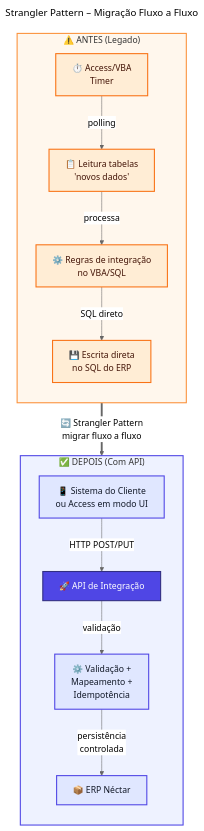
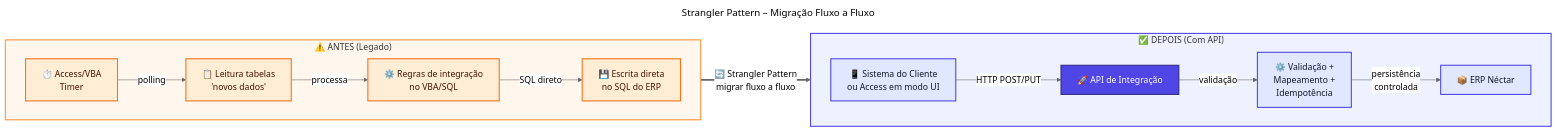
One commit to Evilazaro/Azure-LogicApps-Monitoring changed the fifth of 9 diagrams in docs/planoProjetoModernizacao.md. Above: the diagram before and after it, drawn with Mermaid (neutral theme). The commit also changed other lines of this file, not shown here.

First line of the commit message:
Refactor diagram text for improved formatting

````diff
--- a/docs/planoProjetoModernizacao.md
+++ b/docs/planoProjetoModernizacao.md
@@ -701,32 +701,81 @@
 ```mermaid
 ---
 title: "Strangler Pattern – Migração Fluxo a Fluxo"
 ---
-flowchart TB
-  subgraph Antes ["⚠️ ANTES (Legado)"]
-    direction TB
-    A1["⏱️ Access/VBA\nTimer"] -->|"polling"| A2["📋 Leitura tabelas\n'novos dados'"]
-    A2 -->|"processa"| A3["⚙️ Regras de integração\nno VBA/SQL"]
-    A3 -->|"SQL direto"| A4["💾 Escrita direta\nno SQL do ERP"]
-  end
+flowchart LR
+    %% ═══════════════════════════════════════════════════════════════
+    %% DIAGRAMA: Strangler Pattern – Comparação Antes vs Depois
+    %% PROPÓSITO: Ilustrar a transformação da arquitetura de integração
+    %%            de um modelo baseado em polling/SQL direto para uma
+    %%            camada de serviços (API) com contratos explícitos
+    %% PADRÃO: Strangler Pattern (migração incremental por fluxo)
+    %% ═══════════════════════════════════════════════════════════════
 
-  subgraph Depois ["✅ DEPOIS (Com API)"]
-    direction TB
-    B1["📱 Sistema do Cliente\nou Access em modo UI"] -->|"HTTP POST/PUT"| B2["🚀 API de Integração"]
-    B2 -->|"validação"| B3["⚙️ Validação +\nMapeamento +\nIdempotência"]
-    B3 -->|"persistência\ncontrolada"| B4["📦 ERP Néctar"]
-  end
+    %% ───────────────────────────────────────────────────────────────
+    %% ESTADO ATUAL: Integração via polling e acesso direto ao banco
+    %% - Timers disparam periodicamente
+    %% - Access/VBA varre tabelas buscando "novos" registros
+    %% - Regras de negócio embarcadas no código legado
+    %% - Escrita direta no SQL Server (acoplamento forte)
+    %% ───────────────────────────────────────────────────────────────
+    subgraph legado ["⚠️ ANTES (Legado)"]
+        direction LR
+        A1["⏱️ Access/VBA<br>Timer"]
+        A2["📋 Leitura tabelas<br>'novos dados'"]
+        A3["⚙️ Regras de integração<br>no VBA/SQL"]
+        A4["💾 Escrita direta<br>no SQL do ERP"]
 
-  Antes ==>|"🔄 Strangler Pattern\nmigrar fluxo a fluxo"| Depois
+        A1 -->|"polling"| A2
+        A2 -->|"processa"| A3
+        A3 -->|"SQL direto"| A4
+    end
 
-  classDef legacy fill:#FFEDD5,stroke:#F97316,color:#431407,stroke-width:2px;
-  classDef modern fill:#E0E7FF,stroke:#4F46E5,color:#111827,stroke-width:2px;
-  classDef api fill:#4F46E5,stroke:#312E81,color:#FFFFFF,stroke-width:2px;
+    %% ───────────────────────────────────────────────────────────────
+    %% ESTADO ALVO: Integração via API com contratos explícitos
+    %% - Cliente envia dados proativamente (push, não pull)
+    %% - API centraliza validação, mapeamento e idempotência
+    %% - Persistência controlada com auditoria
+    %% - Desacoplamento: cliente não conhece schema do ERP
+    %% ───────────────────────────────────────────────────────────────
+    subgraph moderno ["✅ DEPOIS (Com API)"]
+        direction LR
+        B1["📱 Sistema do Cliente<br>ou Access em modo UI"]
+        B2["🚀 API de Integração"]
+        B3["⚙️ Validação +<br>Mapeamento +<br>Idempotência"]
+        B4["📦 ERP Néctar"]
 
-  class A1,A2,A3,A4 legacy
-  class B1,B3,B4 modern
-  class B2 api
+        B1 -->|"HTTP POST/PUT"| B2
+        B2 -->|"validação"| B3
+        B3 -->|"persistência<br>controlada"| B4
+    end
 
-  style Antes fill:#FFF7ED,stroke:#FB923C,stroke-width:2px
-  style Depois fill:#EEF2FF,stroke:#4F46E5,stroke-width:2px
+    %% ───────────────────────────────────────────────────────────────
+    %% TRANSIÇÃO: Strangler Pattern (migração incremental)
+    %% - Cada fluxo é migrado independentemente
+    %% - Feature flags permitem rollback a qualquer momento
+    %% - Legado e API coexistem durante a transição
+    %% ───────────────────────────────────────────────────────────────
+    legado ==>|"🔄 Strangler Pattern<br>migrar fluxo a fluxo"| moderno
+
+    %% ═══════════════════════════════════════════════════════════════
+    %% DEFINIÇÃO DE ESTILOS
+    %% ═══════════════════════════════════════════════════════════════
+
+    %% Paleta de cores: Legado (laranja/warning)
+    classDef legacy fill:#FFEDD5,stroke:#F97316,color:#431407,stroke-width:2px
+
+    %% Paleta de cores: Moderno (indigo/success)
+    classDef modern fill:#E0E7FF,stroke:#4F46E5,color:#111827,stroke-width:2px
+
+    %% Paleta de cores: API (destaque principal)
+    classDef api fill:#4F46E5,stroke:#312E81,color:#FFFFFF,stroke-width:2px
+
+    %% Aplicação de classes aos nós
+    class A1,A2,A3,A4 legacy
+    class B1,B3,B4 modern
+    class B2 api
+
+    %% Estilização dos subgraphs
+    style legado fill:#FFF7ED,stroke:#FB923C,stroke-width:2px
+    style moderno fill:#EEF2FF,stroke:#4F46E5,stroke-width:2px
 ```
````
